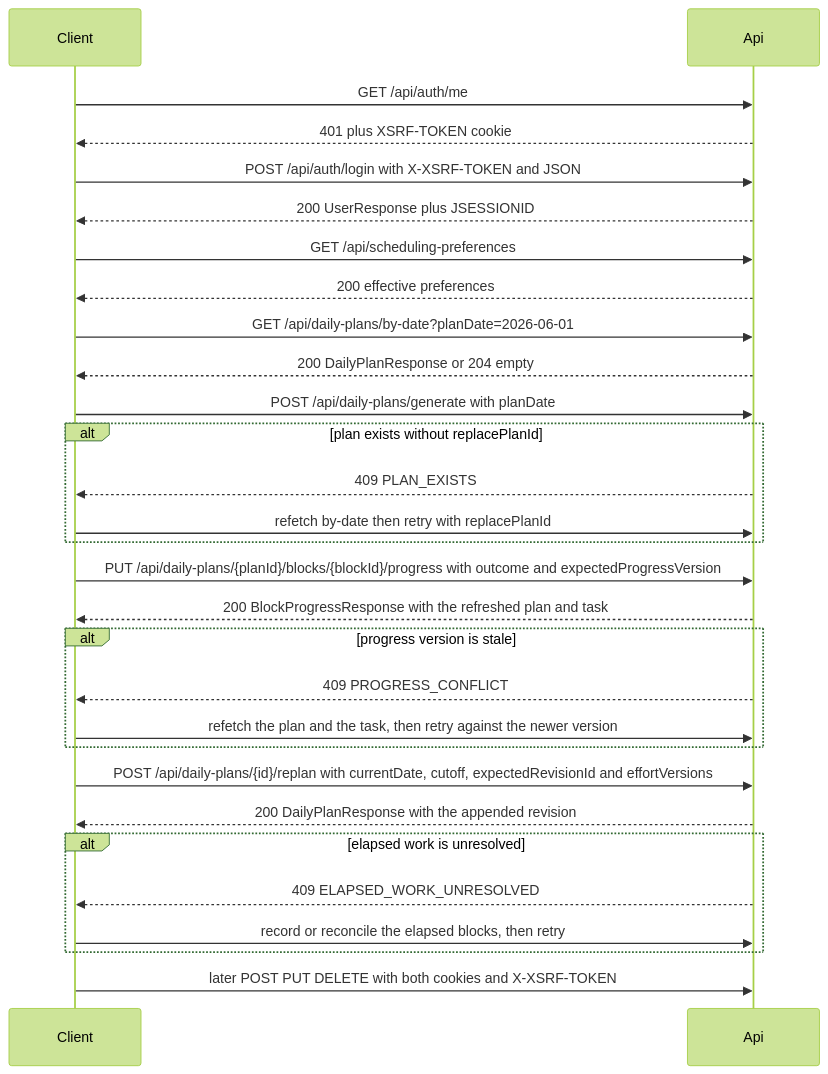
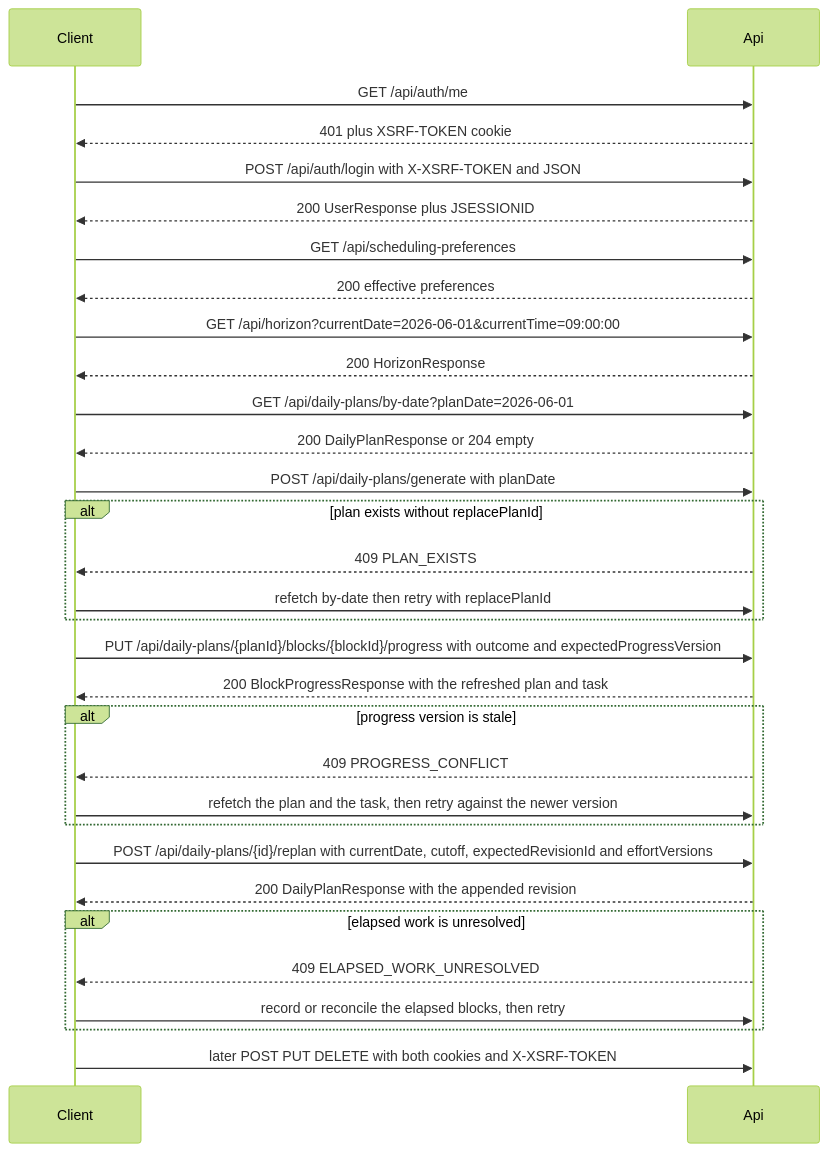
The diagram in docs/api.md (xiashuidaolaoshuren/focusflow), drawn with Mermaid (forest theme) before and after one commit. The commit also changed other lines of this file and 4 other files, not shown here.

First line of the commit message:
docs(api): publish dependency and horizon HTTP contract

````diff
--- a/docs/api.md
+++ b/docs/api.md
@@ -1080,31 +1185,33 @@
 ```mermaid
 sequenceDiagram
   participant Client
   participant Api
   Client->>Api: GET /api/auth/me
   Api-->>Client: 401 plus XSRF-TOKEN cookie
   Client->>Api: POST /api/auth/login with X-XSRF-TOKEN and JSON
   Api-->>Client: 200 UserResponse plus JSESSIONID
   Client->>Api: GET /api/scheduling-preferences
   Api-->>Client: 200 effective preferences
+  Client->>Api: GET /api/horizon?currentDate=2026-06-01&currentTime=09:00:00
+  Api-->>Client: 200 HorizonResponse
   Client->>Api: GET /api/daily-plans/by-date?planDate=2026-06-01
   Api-->>Client: 200 DailyPlanResponse or 204 empty
   Client->>Api: POST /api/daily-plans/generate with planDate
   alt plan exists without replacePlanId
     Api-->>Client: 409 PLAN_EXISTS
     Client->>Api: refetch by-date then retry with replacePlanId
   end
   Client->>Api: PUT /api/daily-plans/{planId}/blocks/{blockId}/progress with outcome and expectedProgressVersion
   Api-->>Client: 200 BlockProgressResponse with the refreshed plan and task
   alt progress version is stale
     Api-->>Client: 409 PROGRESS_CONFLICT
     Client->>Api: refetch the plan and the task, then retry against the newer version
   end
   Client->>Api: POST /api/daily-plans/{id}/replan with currentDate, cutoff, expectedRevisionId and effortVersions
   Api-->>Client: 200 DailyPlanResponse with the appended revision
   alt elapsed work is unresolved
     Api-->>Client: 409 ELAPSED_WORK_UNRESOLVED
     Client->>Api: record or reconcile the elapsed blocks, then retry
   end
   Client->>Api: later POST PUT DELETE with both cookies and X-XSRF-TOKEN
 ```
````
